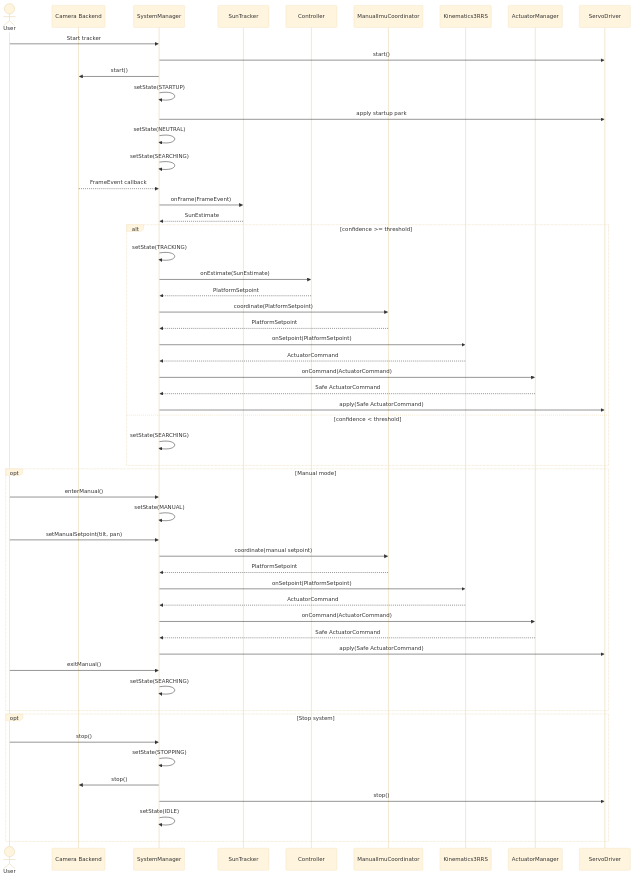
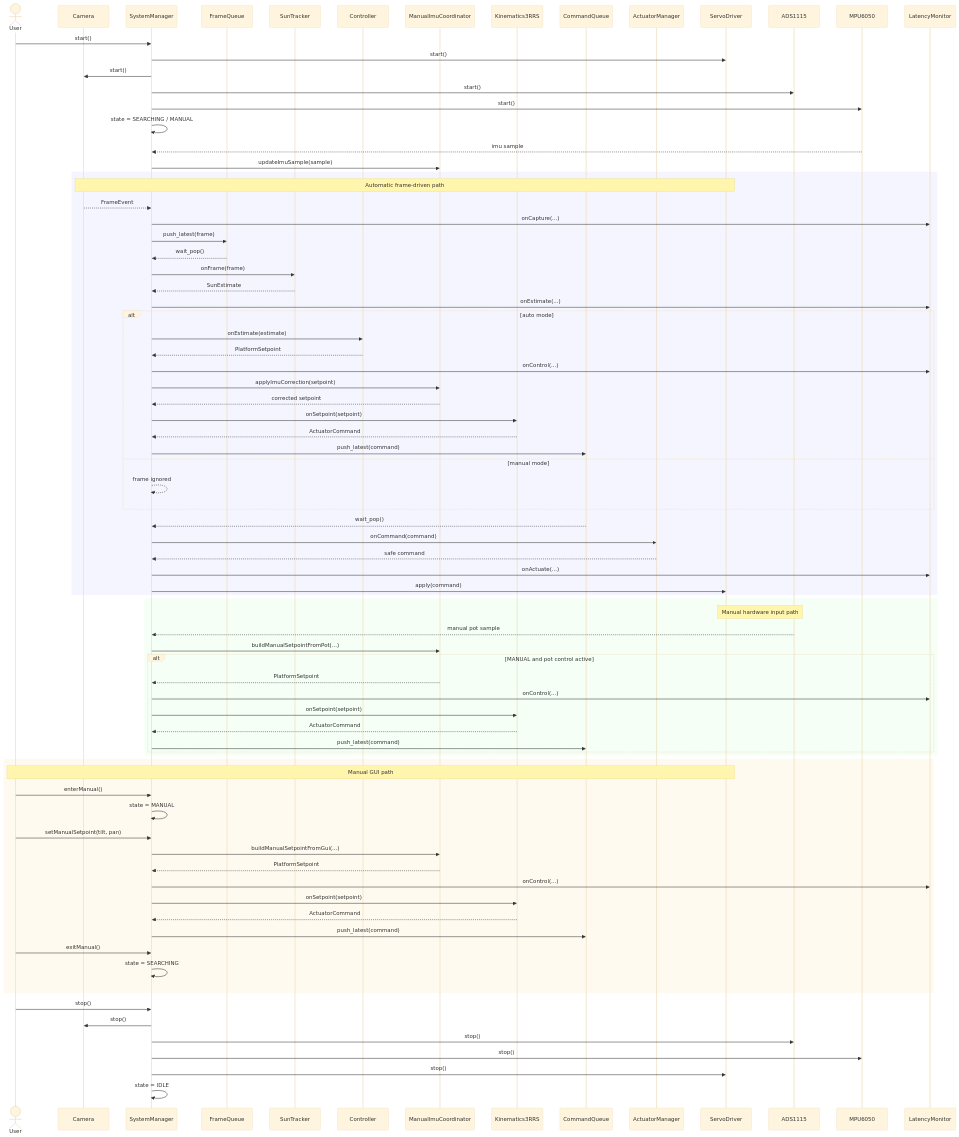
Before and after one commit to fadihalteh/sun2: the diagram in README.md, drawn with Mermaid (base theme). The commit also changed 10 other files, not shown here.

````diff
--- a/README.md
+++ b/README.md
@@ -187,62 +187,95 @@
 ```mermaid
 sequenceDiagram
     actor User
-    participant Cam as Camera Backend
+    participant Cam as Camera
     participant SM as SystemManager
+    participant FQ as FrameQueue
     participant ST as SunTracker
     participant C as Controller
     participant MIC as ManualImuCoordinator
     participant K as Kinematics3RRS
+    participant CQ as CommandQueue
     participant AM as ActuatorManager
     participant SD as ServoDriver
+    participant ADS as ADS1115
+    participant IMU as MPU6050
+    participant LM as LatencyMonitor
 
-    User->>SM: Start tracker
+    User->>SM: start()
     SM->>SD: start()
     SM->>Cam: start()
-    SM->>SM: setState(STARTUP)
-    SM->>SD: apply startup park
-    SM->>SM: setState(NEUTRAL)
-    SM->>SM: setState(SEARCHING)
+    SM->>ADS: start()
+    SM->>IMU: start()
+    SM->>SM: state = SEARCHING / MANUAL
 
-    Cam-->>SM: FrameEvent callback
-    SM->>ST: onFrame(FrameEvent)
+    IMU-->>SM: imu sample
+    SM->>MIC: updateImuSample(sample)
+
+    rect rgb(245,245,255)
+    Note over Cam,SD: Automatic frame-driven path
+    Cam-->>SM: FrameEvent
+    SM->>LM: onCapture(...)
+    SM->>FQ: push_latest(frame)
+
+    FQ-->>SM: wait_pop()
+    SM->>ST: onFrame(frame)
     ST-->>SM: SunEstimate
+    SM->>LM: onEstimate(...)
 
-    alt confidence >= threshold
-        SM->>SM: setState(TRACKING)
-        SM->>C: onEstimate(SunEstimate)
+    alt auto mode
+        SM->>C: onEstimate(estimate)
         C-->>SM: PlatformSetpoint
-        SM->>MIC: coordinate(PlatformSetpoint)
-        MIC-->>SM: PlatformSetpoint
-        SM->>K: onSetpoint(PlatformSetpoint)
+        SM->>LM: onControl(...)
+        SM->>MIC: applyImuCorrection(setpoint)
+        MIC-->>SM: corrected setpoint
+        SM->>K: onSetpoint(setpoint)
         K-->>SM: ActuatorCommand
-        SM->>AM: onCommand(ActuatorCommand)
-        AM-->>SM: Safe ActuatorCommand
-        SM->>SD: apply(Safe ActuatorCommand)
-    else confidence < threshold
-        SM->>SM: setState(SEARCHING)
+        SM->>CQ: push_latest(command)
+    else manual mode
+        SM-->>SM: frame ignored
     end
 
-    opt Manual mode
-        User->>SM: enterManual()
-        SM->>SM: setState(MANUAL)
-        User->>SM: setManualSetpoint(tilt, pan)
-        SM->>MIC: coordinate(manual setpoint)
-        MIC-->>SM: PlatformSetpoint
-        SM->>K: onSetpoint(PlatformSetpoint)
-        K-->>SM: ActuatorCommand
-        SM->>AM: onCommand(ActuatorCommand)
-        AM-->>SM: Safe ActuatorCommand
-        SM->>SD: apply(Safe ActuatorCommand)
-        User->>SM: exitManual()
-        SM->>SM: setState(SEARCHING)
+    CQ-->>SM: wait_pop()
+    SM->>AM: onCommand(command)
+    AM-->>SM: safe command
+    SM->>LM: onActuate(...)
+    SM->>SD: apply(command)
     end
 
-    opt Stop system
-        User->>SM: stop()
-        SM->>SM: setState(STOPPING)
-        SM->>Cam: stop()
-        SM->>SD: stop()
-        SM->>SM: setState(IDLE)
+    rect rgb(245,255,245)
+    Note over ADS,SD: Manual hardware input path
+    ADS-->>SM: manual pot sample
+    SM->>MIC: buildManualSetpointFromPot(...)
+    alt MANUAL and pot control active
+        MIC-->>SM: PlatformSetpoint
+        SM->>LM: onControl(...)
+        SM->>K: onSetpoint(setpoint)
+        K-->>SM: ActuatorCommand
+        SM->>CQ: push_latest(command)
     end
+    end
+
+    rect rgb(255,250,240)
+    Note over User,SD: Manual GUI path
+    User->>SM: enterManual()
+    SM->>SM: state = MANUAL
+
+    User->>SM: setManualSetpoint(tilt, pan)
+    SM->>MIC: buildManualSetpointFromGui(...)
+    MIC-->>SM: PlatformSetpoint
+    SM->>LM: onControl(...)
+    SM->>K: onSetpoint(setpoint)
+    K-->>SM: ActuatorCommand
+    SM->>CQ: push_latest(command)
+
+    User->>SM: exitManual()
+    SM->>SM: state = SEARCHING
+    end
+
+    User->>SM: stop()
+    SM->>Cam: stop()
+    SM->>ADS: stop()
+    SM->>IMU: stop()
+    SM->>SD: stop()
+    SM->>SM: state = IDLE
 ```
````
